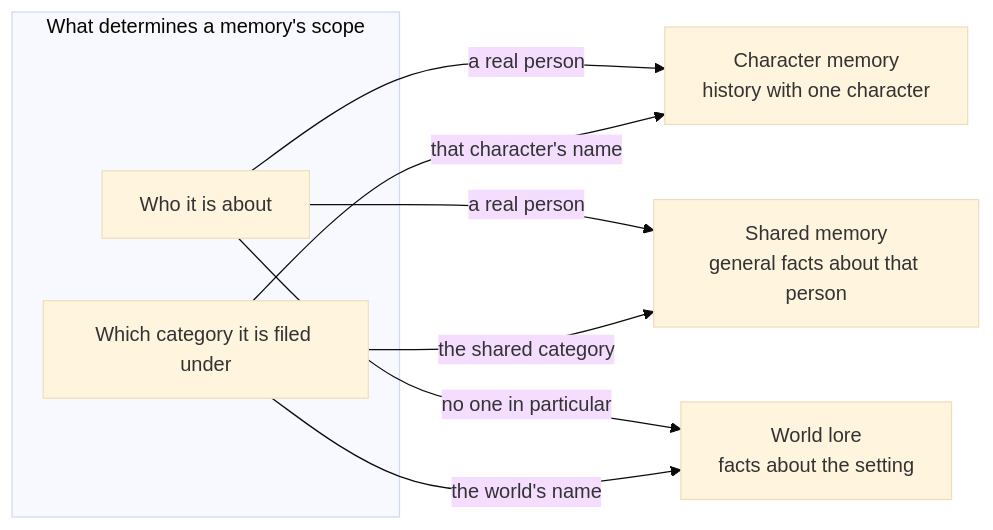
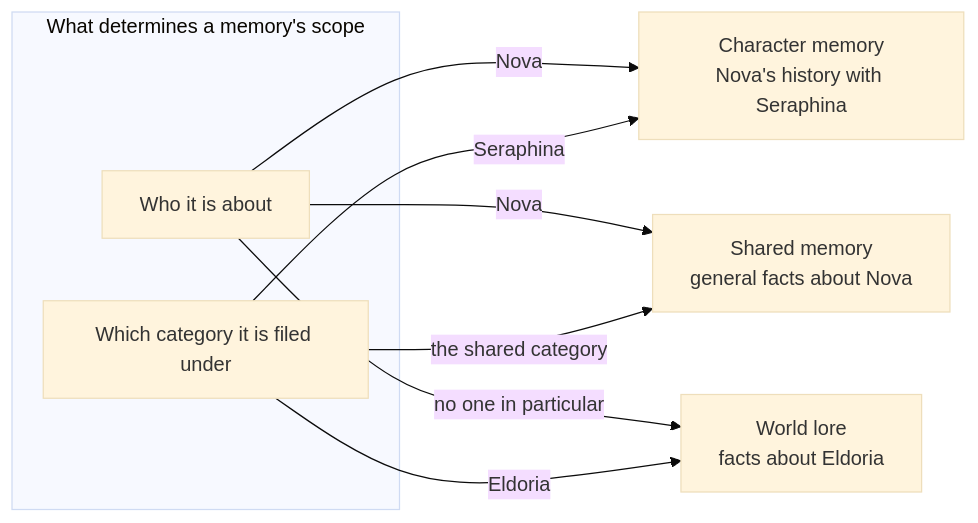
Before and after one commit to chuyaowang/local-sillytavern-with-memory: the first of 3 diagrams in docs/wiki/Memory-System.md, drawn with Mermaid (base theme). The commit also changed other lines of this file, not shown here.

First line of the commit message:
docs: use a concrete cast throughout Memory-System.md, reorder by concept-first

````diff
--- a/docs/wiki/Memory-System.md
+++ b/docs/wiki/Memory-System.md
@@ -15,16 +17,16 @@
 ```mermaid
 flowchart LR
     subgraph dims["What determines a memory's scope"]
         who["Who it is about"]
         cat["Which category it is filed under"]
     end
 
-    who -->|"a real person"| char["Character memory<br/>history with one character"]
-    cat -->|"that character's name"| char
+    who -->|"Nova"| char["Character memory<br/>Nova's history with Seraphina"]
+    cat -->|"Seraphina"| char
 
-    who -->|"a real person"| shared["Shared memory<br/>general facts about that person"]
+    who -->|"Nova"| shared["Shared memory<br/>general facts about Nova"]
     cat -->|"the shared category"| shared
 
-    who -->|"no one in particular"| world["World lore<br/>facts about the setting"]
-    cat -->|"the world's name"| world
+    who -->|"no one in particular"| world["World lore<br/>facts about Eldoria"]
+    cat -->|"Eldoria"| world
 ```
````
